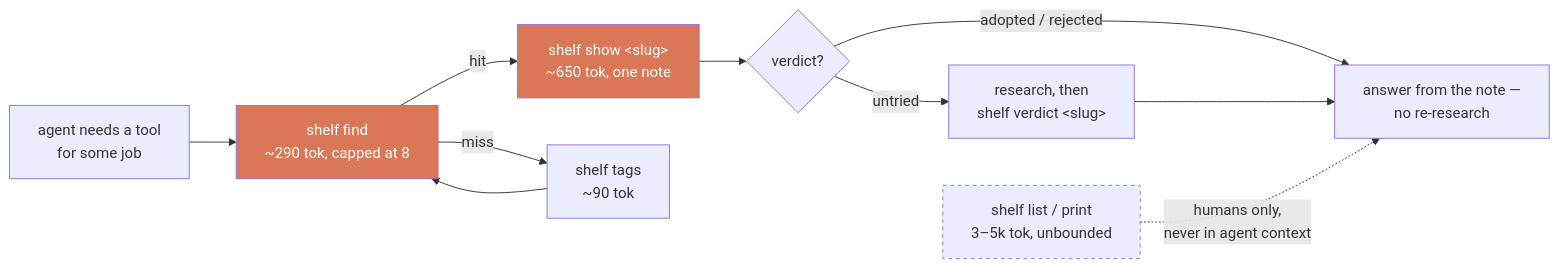
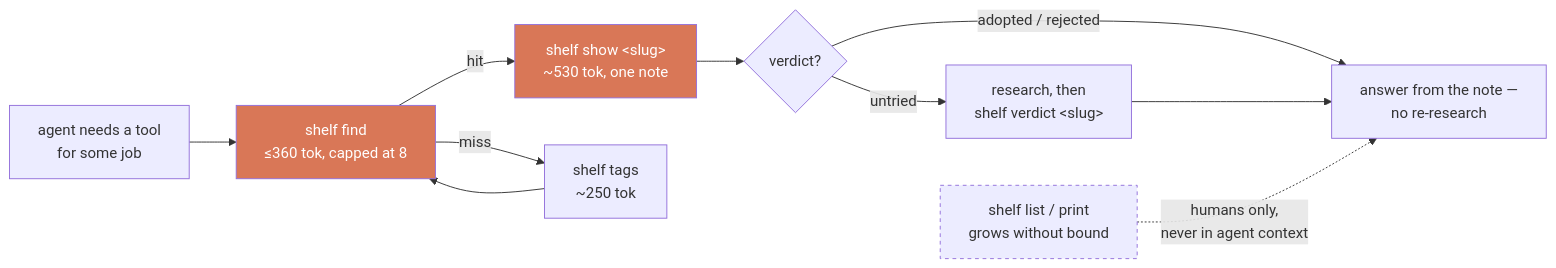
One commit to jhammant/shelf changed the diagram in README.md. Above: the diagram before and after it, drawn with Mermaid. The commit also changed other lines of this file and 3 other files, not shown here.

````diff
--- a/README.md
+++ b/README.md
@@ -46,17 +54,17 @@
 ```mermaid
 flowchart LR
-    Q["agent needs a tool<br/>for some job"] --> F["shelf find<br/>~290 tok, capped at 8"]
-    F -->|hit| S["shelf show &lt;slug&gt;<br/>~650 tok, one note"]
-    F -->|miss| T["shelf tags<br/>~90 tok"]
+    Q["agent needs a tool<br/>for some job"] --> F["shelf find<br/>≤360 tok, capped at 8"]
+    F -->|hit| S["shelf show &lt;slug&gt;<br/>~530 tok, one note"]
+    F -->|miss| T["shelf tags<br/>~250 tok"]
     T --> F
     S --> D{"verdict?"}
     D -->|adopted / rejected| R["answer from the note —<br/>no re-research"]
     D -->|untried| N["research, then<br/>shelf verdict &lt;slug&gt;"]
     N --> R
 
-    L["shelf list / print<br/>3–5k tok, unbounded"] -.->|humans only,<br/>never in agent context| R
+    L["shelf list / print<br/>grows without bound"] -.->|humans only,<br/>never in agent context| R
 
     style F fill:#d97757,color:#fff
     style S fill:#d97757,color:#fff
     style L stroke-dasharray: 4 4
 ```
````
